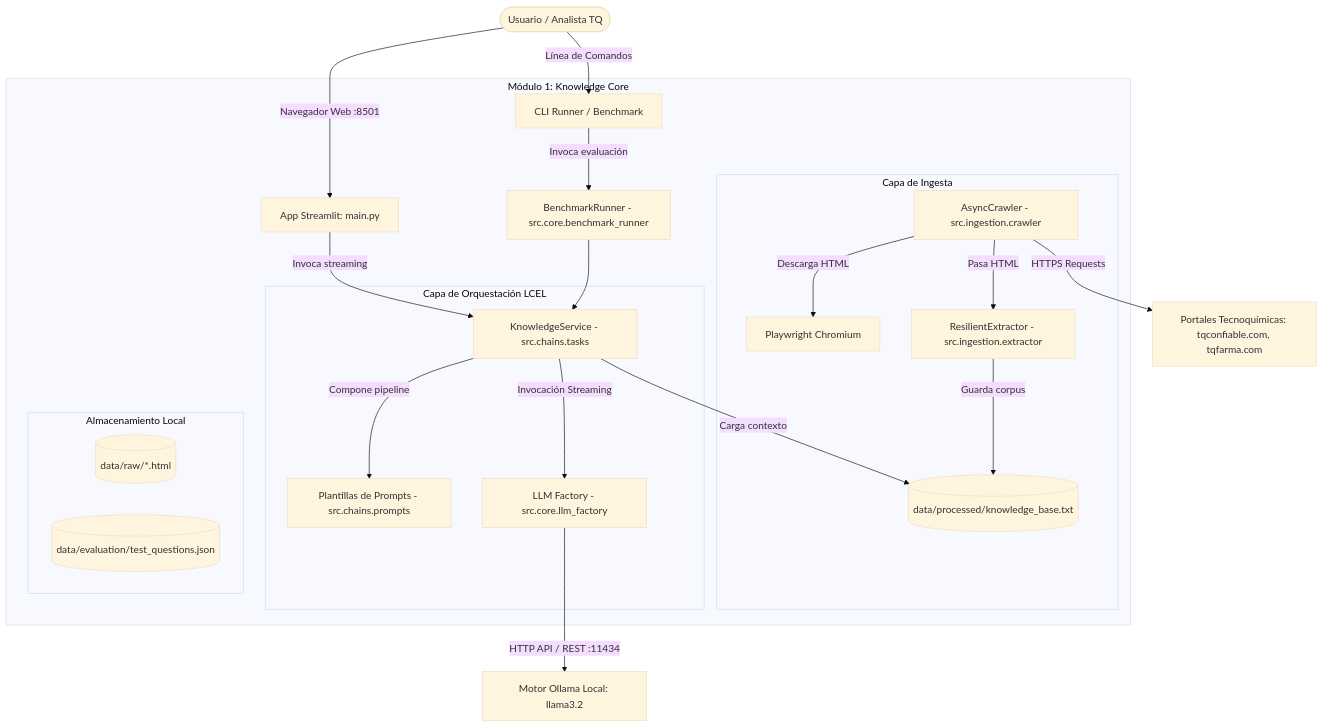
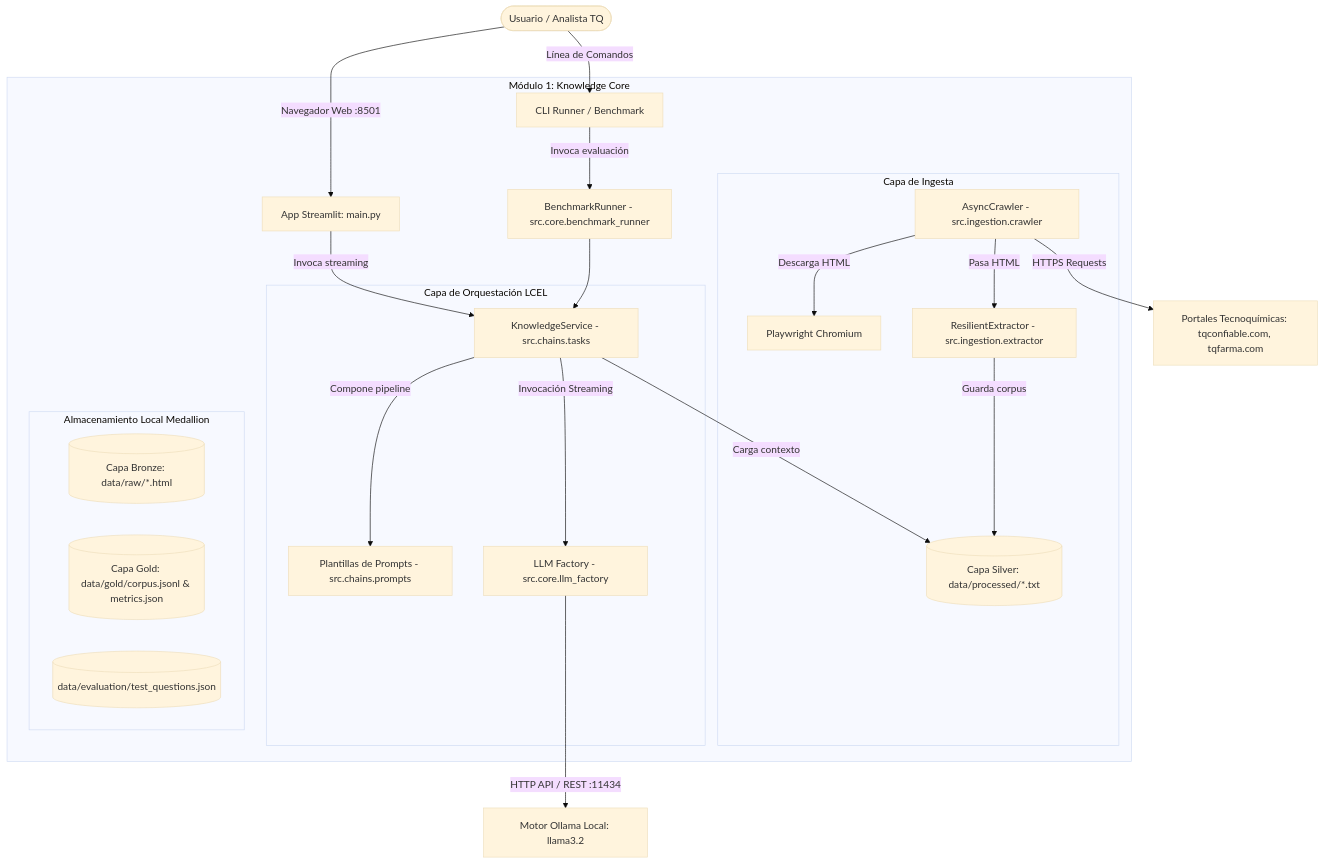
Before and after one commit to LUISBENJUMEARIVERA/modulo1-knowledge-core: the diagram in docs/SDD.md, drawn with Mermaid (base theme). The commit also changed other lines of this file and 5 other files, not shown here.

````diff
--- a/docs/SDD.md
+++ b/docs/SDD.md
@@ -54,32 +54,33 @@
 ```mermaid
 graph TD
     User([Usuario / Analista TQ]) -->|Navegador Web :8501| StreamlitApp[App Streamlit: main.py]
     User -->|Línea de Comandos| CLI[CLI Runner / Benchmark]
 
     subgraph Modulo1 [Módulo 1: Knowledge Core]
         StreamlitApp -->|Invoca streaming| Service[KnowledgeService - src.chains.tasks]
         CLI -->|Invoca evaluación| BenchRunner[BenchmarkRunner - src.core.benchmark_runner]
         BenchRunner --> Service
 
         subgraph Ingestion [Capa de Ingesta]
             Crawler[AsyncCrawler - src.ingestion.crawler] -->|Descarga HTML| Playwright[Playwright Chromium]
             Crawler -->|Pasa HTML| Extractor[ResilientExtractor - src.ingestion.extractor]
             Extractor -->|Guarda corpus| KBFile[(data/processed/knowledge_base.txt)]
         end
 
         subgraph Chains [Capa de Orquestación LCEL]
             Service -->|Carga contexto| KBFile
             Service -->|Compone pipeline| Prompts[Plantillas de Prompts - src.chains.prompts]
             Service -->|Invocación Streaming| LLMFactory[LLM Factory - src.core.llm_factory]
         end
 
-        subgraph Storage [Almacenamiento Local]
-            RawStorage[(data/raw/*.html)]
-            KBFile
+        subgraph Storage [Almacenamiento Local Medallion]
+            RawStorage[(Capa Bronze: data/raw/*.html)]
+            KBFile[(Capa Silver: data/processed/*.txt)]
+            GoldStorage[(Capa Gold: data/gold/corpus.jsonl & metrics.json)]
             BenchData[(data/evaluation/test_questions.json)]
         end
     end
 
     LLMFactory -->|HTTP API / REST :11434| OllamaEngine[Motor Ollama Local: llama3.2]
     Crawler -->|HTTPS Requests| ExternalSites[Portales Tecnoquímicas: tqconfiable.com, tqfarma.com]
 ```
````
